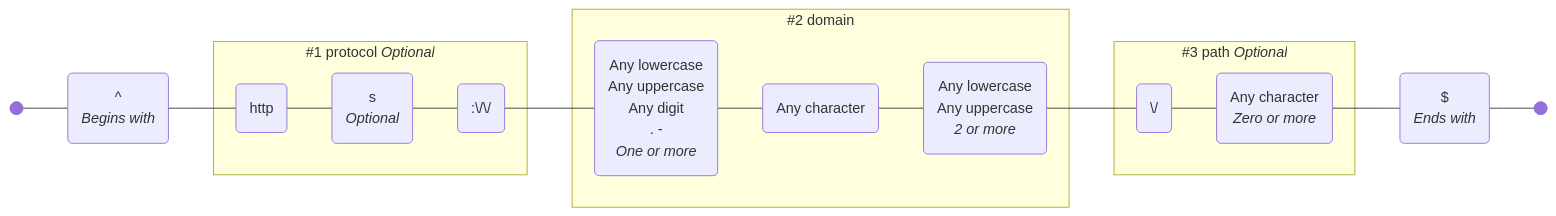
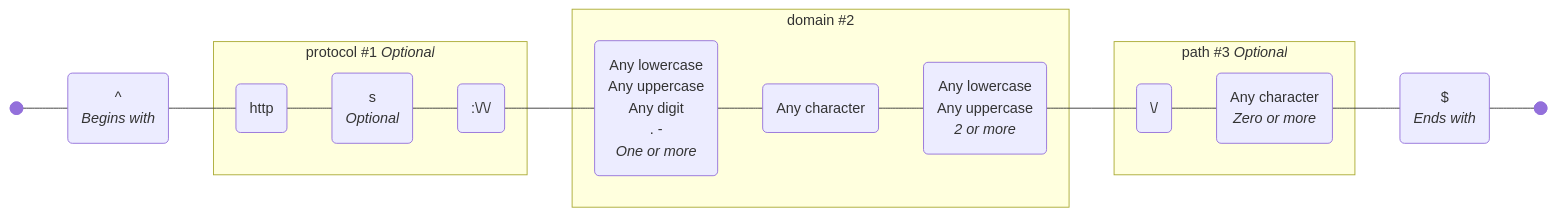
Before and after one commit to tayles/regex-to-mermaid: the fifth of 5 diagrams in THEMES.md, drawn with Mermaid. The commit also changed other lines of this file and 58 other files, not shown here.

````diff
--- a/THEMES.md
+++ b/THEMES.md
@@ -402,50 +494,50 @@
 ```mermaid
 graph LR
   accTitle: "Regex: ^(?<protocol>https?:\\/\\/)?(?<domain>[a-zA-Z0-9.-]+\\.[a-zA-Z]{2,})(?<path>\\/.*)?$"
   accDescr: "Generated with regex-to-mermaid@1.1.0"
 
   %% Nodes
   start@{ shape: f-circ };
   fin@{ shape: f-circ };
   assertion_1("^<br><i>Begins with</i>"):::assertion;
   literal_1("http"):::literal;
   literal_2("s<br><i>Optional</i>"):::literal;
   literal_3(":\/\/"):::literal;
   char_class_1("Any lowercase<br>Any uppercase<br>Any digit<br>. -<br><i>One or more</i>"):::char-class;
   literal_4("Any character"):::literal;
   char_class_2("Any lowercase<br>Any uppercase<br><i>2 or more</i>"):::char-class;
   literal_5("\/"):::literal;
-  char_class_3("Any character<br><i>Zero or more</i>"):::char-class;
+  char_set_1("Any character<br><i>Zero or more</i>"):::char-set;
   assertion_2("$<br><i>Ends with</i>"):::assertion;
 
   %% Subgraphs
-  subgraph named_capture_1 ["#1 protocol <i>Optional</i>"]
+  subgraph named_capture_1 ["protocol #1 <i>Optional</i>"]
     literal_1
     literal_2
     literal_3
   end
 
-  subgraph named_capture_2 ["#2 domain"]
+  subgraph named_capture_2 ["domain #2"]
     char_class_1
     literal_4
     char_class_2
   end
 
-  subgraph named_capture_3 ["#3 path <i>Optional</i>"]
+  subgraph named_capture_3 ["path #3 <i>Optional</i>"]
     literal_5
-    char_class_3
+    char_set_1
   end
 
   %% Edges
   start --- assertion_1;
   assertion_1 --- literal_1;
   literal_1 --- literal_2;
   literal_2 --- literal_3;
   literal_3 --- char_class_1;
   char_class_1 --- literal_4;
   literal_4 --- char_class_2;
   char_class_2 --- literal_5;
-  literal_5 --- char_class_3;
-  char_class_3 --- assertion_2;
+  literal_5 --- char_set_1;
+  char_set_1 --- assertion_2;
   assertion_2 --- fin;
 ```
````
